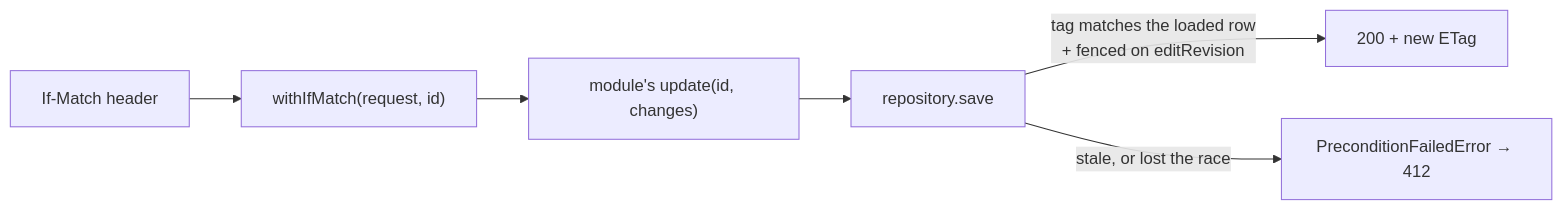
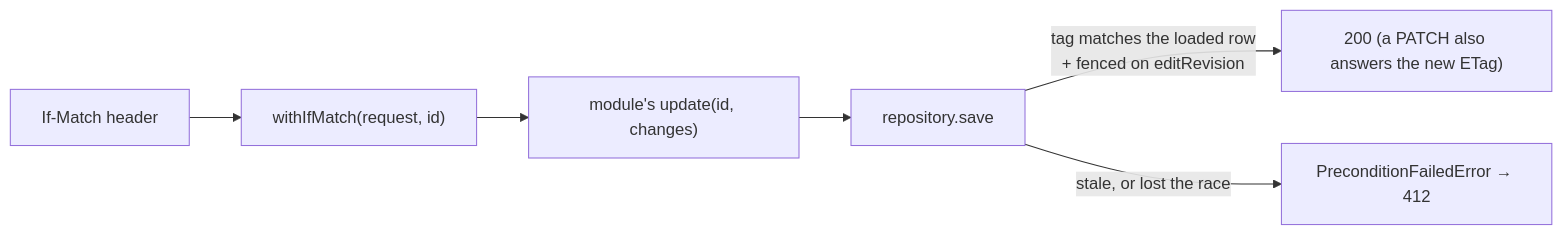
The fifth of 6 diagrams in docs/theory/request-flow.md (Guebbit/boilerplate-node-backend), drawn with Mermaid before and after one commit. The commit also changed other lines of this file and 34 other files, not shown here.

````diff
--- a/docs/theory/request-flow.md
+++ b/docs/theory/request-flow.md
@@ -276,6 +277,6 @@
 ```mermaid
 flowchart LR
     H["If-Match header"] --> W["withIfMatch(request, id)"] --> U["module's update(id, changes)"] --> R["repository.save"]
-    R -->|"tag matches the loaded row<br/>+ fenced on editRevision"| OK["200 + new ETag"]
+    R -->|"tag matches the loaded row<br/>+ fenced on editRevision"| OK["200 (a PATCH also answers the new ETag)"]
     R -->|"stale, or lost the race"| E["PreconditionFailedError → 412"]
 ```
````
